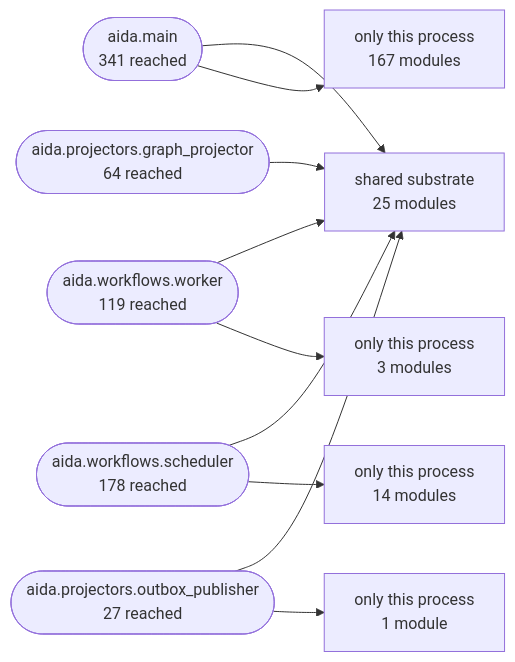
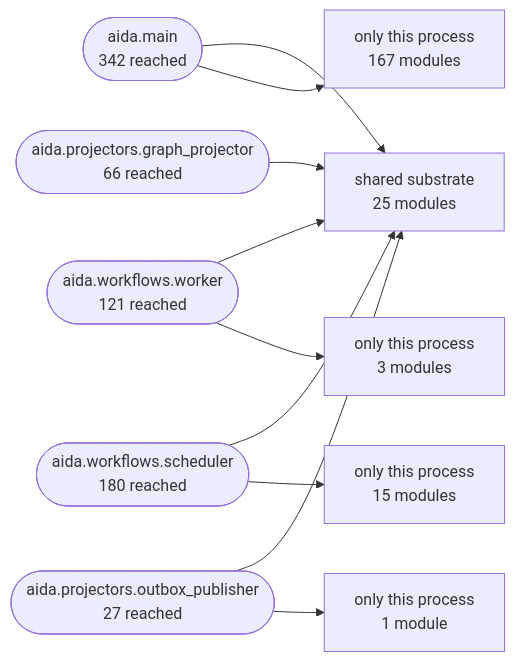
Before and after one commit to karuppusamym/AIDataAnalyst: the second of 3 diagrams in Docs/10-architecture/14-generated-architecture-map.md, drawn with Mermaid. The commit also changed other lines of this file and 7 other files, not shown here.

````diff
--- a/Docs/10-architecture/14-generated-architecture-map.md
+++ b/Docs/10-architecture/14-generated-architecture-map.md
@@ -173,22 +173,22 @@
 ```mermaid
 graph LR
   shared["shared substrate<br/>25 modules"]
-  aida_main(["aida.main<br/>341 reached"])
-  aida_workflows_worker(["aida.workflows.worker<br/>119 reached"])
-  aida_workflows_scheduler(["aida.workflows.scheduler<br/>178 reached"])
-  aida_projectors_graph_projector(["aida.projectors.graph_projector<br/>64 reached"])
+  aida_main(["aida.main<br/>342 reached"])
+  aida_workflows_worker(["aida.workflows.worker<br/>121 reached"])
+  aida_workflows_scheduler(["aida.workflows.scheduler<br/>180 reached"])
+  aida_projectors_graph_projector(["aida.projectors.graph_projector<br/>66 reached"])
   aida_projectors_outbox_publisher(["aida.projectors.outbox_publisher<br/>27 reached"])
   aida_main --> shared
   only_aida_main["only this process<br/>167 modules"]
   aida_main --> only_aida_main
   aida_workflows_worker --> shared
   only_aida_workflows_worker["only this process<br/>3 modules"]
   aida_workflows_worker --> only_aida_workflows_worker
   aida_workflows_scheduler --> shared
-  only_aida_workflows_scheduler["only this process<br/>14 modules"]
+  only_aida_workflows_scheduler["only this process<br/>15 modules"]
   aida_workflows_scheduler --> only_aida_workflows_scheduler
   aida_projectors_graph_projector --> shared
   aida_projectors_outbox_publisher --> shared
   only_aida_projectors_outbox_publisher["only this process<br/>1 module"]
   aida_projectors_outbox_publisher --> only_aida_projectors_outbox_publisher
 ```
````
